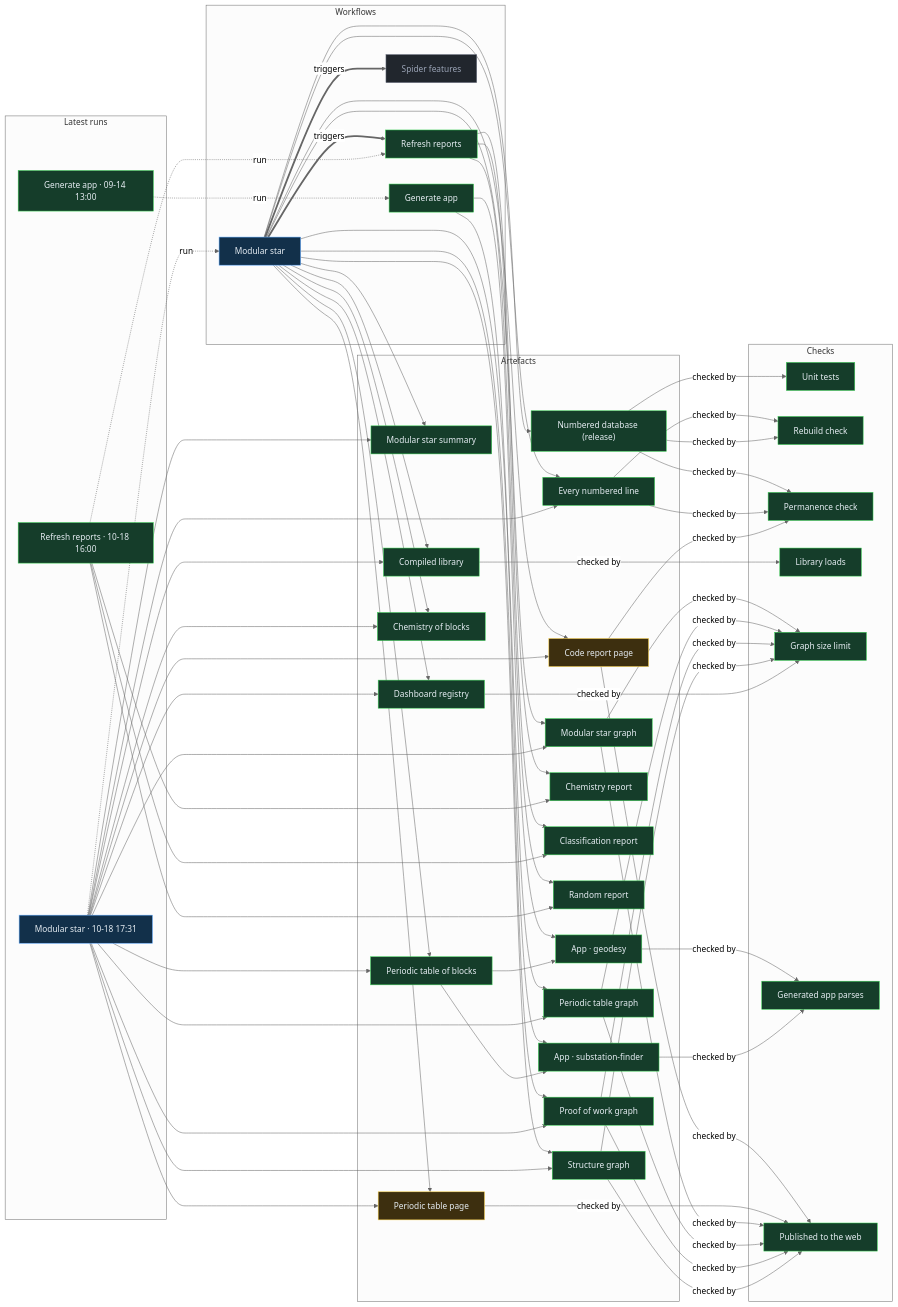
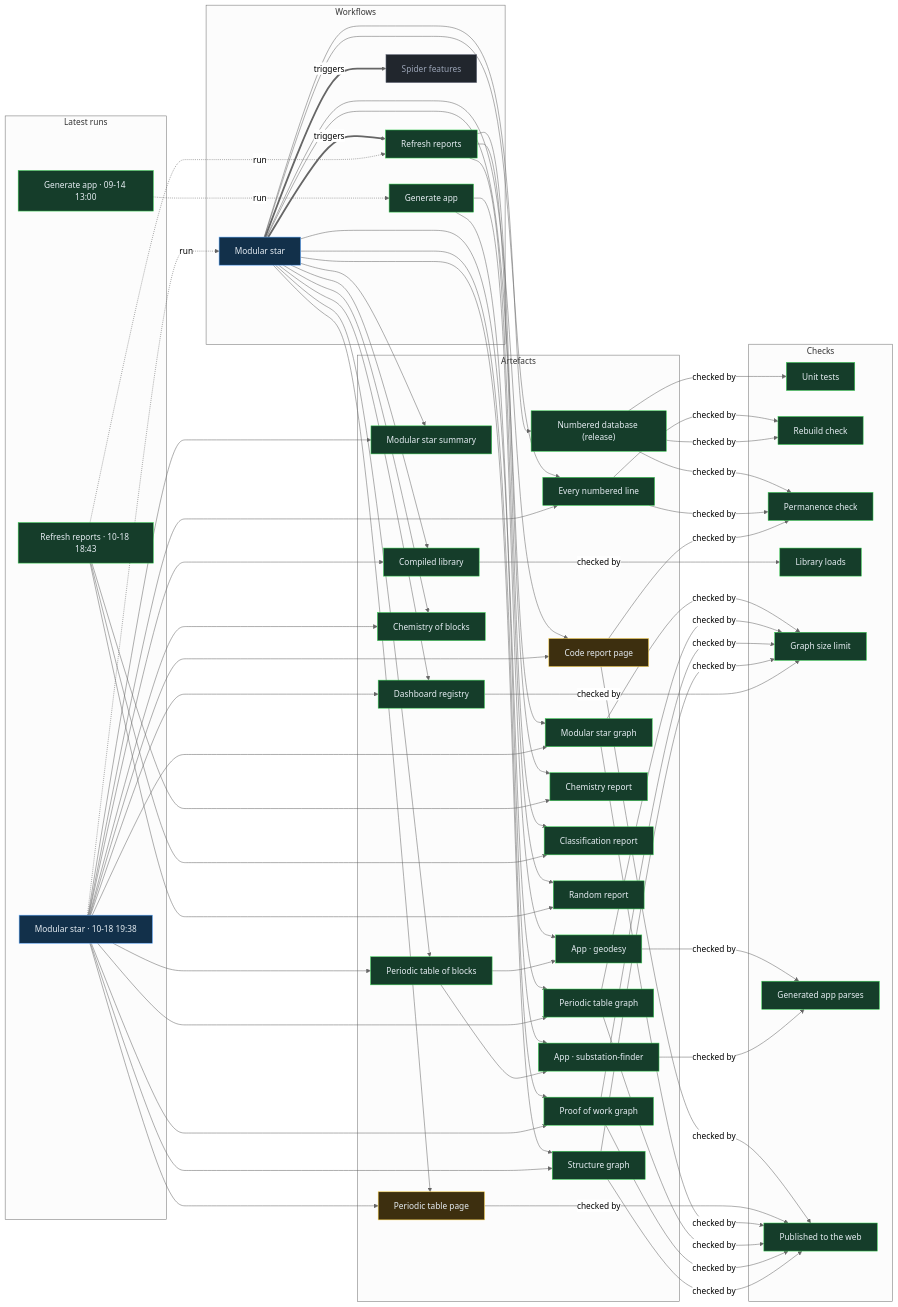
One commit to Ventusltd/stars changed the diagram in proof/PROOF.md. Above: the diagram before and after it, drawn with Mermaid (neutral theme). The commit also changed other lines of this file and 22 other files, not shown here.

Commit message:
Modular star 2026-10-18T19:40Z

```diff
--- a/proof/PROOF.md
+++ b/proof/PROOF.md
@@ -24,8 +24,8 @@
   n_wf_spider_features["Spider features"]:::off
   end
   subgraph g_runs["Latest runs"]
-  n_run_39149976531["Modular star · 10-18 17:31"]:::live
-  n_run_39143035955["Refresh reports · 10-18 16:00"]:::ok
+  n_run_39159684034["Modular star · 10-18 19:38"]:::live
+  n_run_39155463765["Refresh reports · 10-18 18:43"]:::ok
   n_run_34846587798["Generate app · 09-14 13:00"]:::ok
   end
   subgraph g_artefacts["Artefacts"]
@@ -59,39 +59,39 @@
   end
   n_wf_modular_star == triggers ==> n_wf_refresh
   n_wf_modular_star == triggers ==> n_wf_spider_features
-  n_run_39149976531 -. run .-> n_wf_modular_star
-  n_run_39143035955 -. run .-> n_wf_refresh
+  n_run_39159684034 -. run .-> n_wf_modular_star
+  n_run_39155463765 -. run .-> n_wf_refresh
   n_run_34846587798 -. run .-> n_wf_generate
   n_wf_modular_star --> n_art_summary
-  n_run_39149976531 --> n_art_summary
+  n_run_39159684034 --> n_art_summary
   n_wf_modular_star --> n_art_lines
-  n_run_39149976531 --> n_art_lines
+  n_run_39159684034 --> n_art_lines
   n_wf_modular_star --> n_art_code
-  n_run_39149976531 --> n_art_code
+  n_run_39159684034 --> n_art_code
   n_wf_modular_star --> n_art_modular_graph
-  n_run_39149976531 --> n_art_modular_graph
+  n_run_39159684034 --> n_art_modular_graph
   n_wf_modular_star --> n_art_blocks
-  n_run_39149976531 --> n_art_blocks
+  n_run_39159684034 --> n_art_blocks
   n_wf_modular_star --> n_art_table
-  n_run_39149976531 --> n_art_table
+  n_run_39159684034 --> n_art_table
   n_wf_modular_star --> n_art_blocks_graph
-  n_run_39149976531 --> n_art_blocks_graph
+  n_run_39159684034 --> n_art_blocks_graph
   n_wf_modular_star --> n_art_reactions
-  n_run_39149976531 --> n_art_reactions
+  n_run_39159684034 --> n_art_reactions
   n_wf_modular_star --> n_art_library
-  n_run_39149976531 --> n_art_library
+  n_run_39159684034 --> n_art_library
   n_wf_modular_star --> n_art_features
-  n_run_39149976531 --> n_art_features
+  n_run_39159684034 --> n_art_features
   n_wf_modular_star --> n_art_proof
-  n_run_39149976531 --> n_art_proof
+  n_run_39159684034 --> n_art_proof
   n_wf_modular_star --> n_art_structure
-  n_run_39149976531 --> n_art_structure
+  n_run_39159684034 --> n_art_structure
   n_wf_refresh --> n_art_chemistry
-  n_run_39143035955 --> n_art_chemistry
+  n_run_39155463765 --> n_art_chemistry
   n_wf_refresh --> n_art_vedic
-  n_run_39143035955 --> n_art_vedic
+  n_run_39155463765 --> n_art_vedic
   n_wf_refresh --> n_art_random
-  n_run_39143035955 --> n_art_random
+  n_run_39155463765 --> n_art_random
   n_wf_modular_star --> n_art_release
   n_wf_generate --> n_app_geodesy
   n_art_blocks --> n_app_geodesy
```
